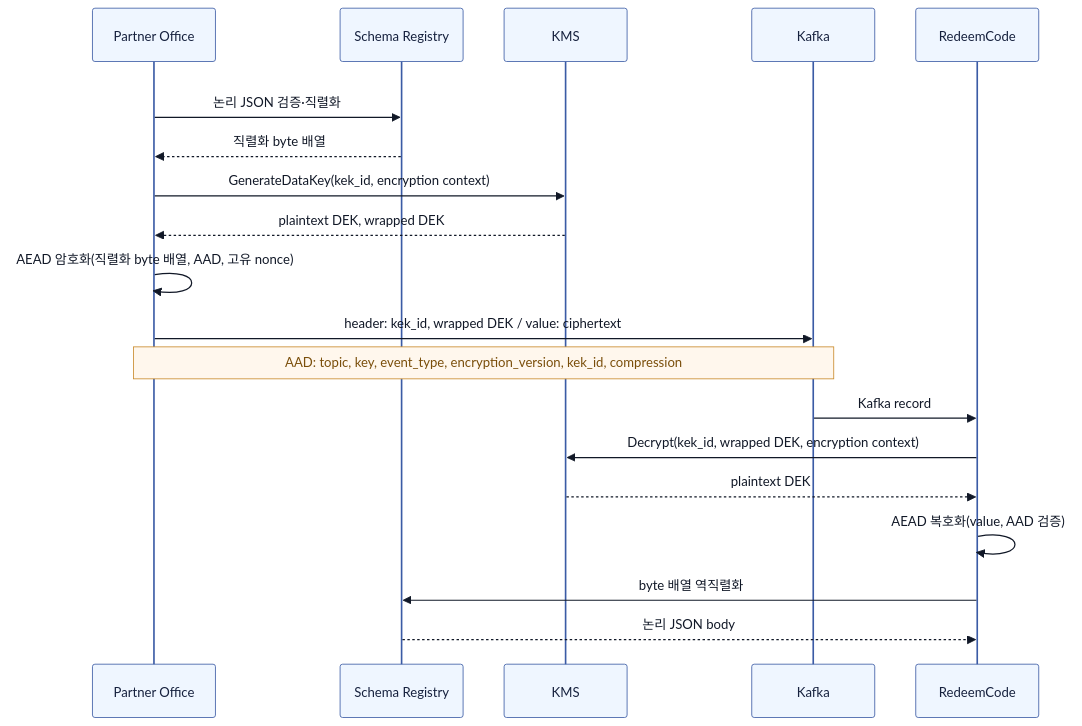
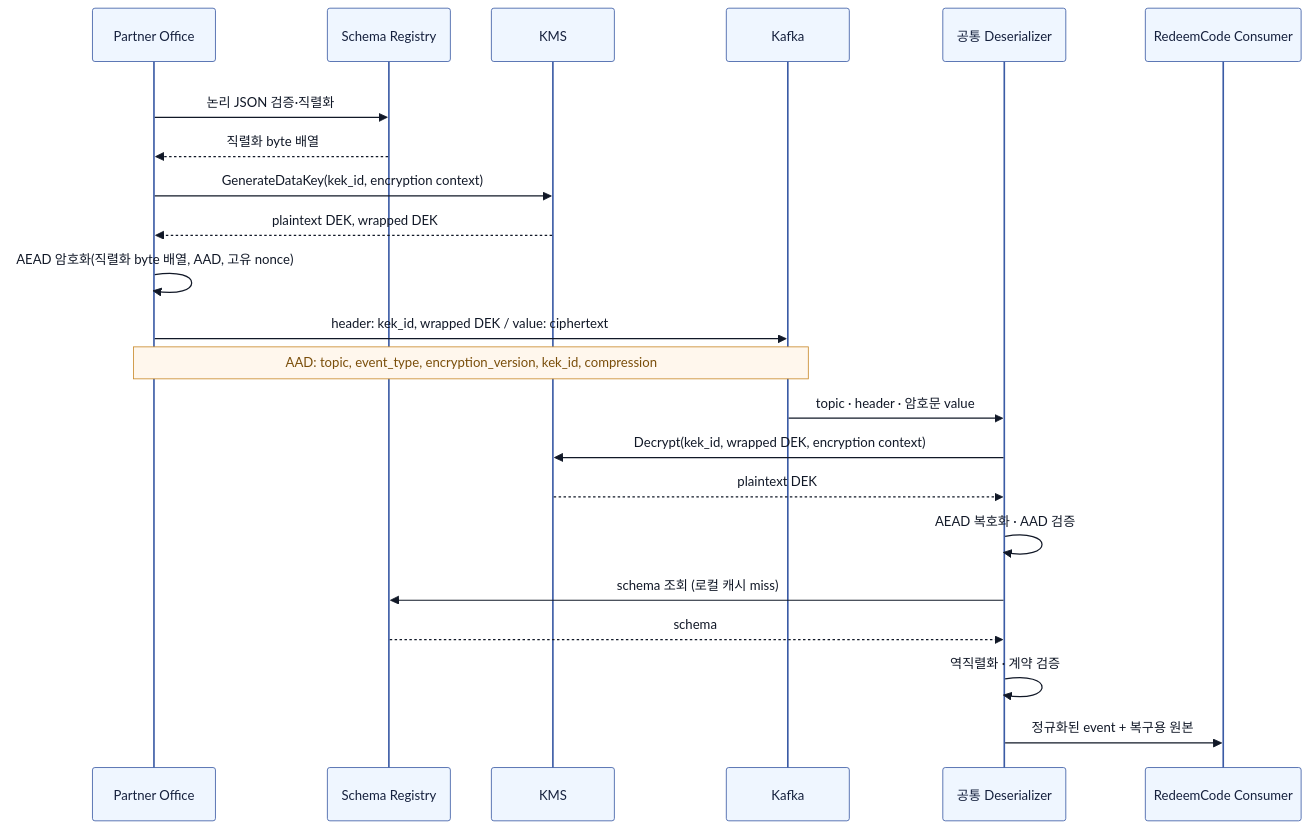
The first of 2 diagrams in src/content/blog/redeemcode-order-event.md (Hyune-c/Hyune-c.github.io), drawn with Mermaid before and after one commit. The commit also changed other lines of this file, not shown here.

Commit message:
docs: refine redeemcode order event article

````diff
--- a/src/content/blog/redeemcode-order-event.md
+++ b/src/content/blog/redeemcode-order-event.md
@@ -207,38 +125,41 @@
 ```mermaid
 ---
 config:
   theme: base
   themeVariables:
     darkMode: false
     primaryTextColor: "#111827"
     lineColor: "#334155"
     actorBkg: "#EFF6FF"
     actorBorder: "#3B5BA5"
     actorTextColor: "#16213E"
     noteBkgColor: "#FFF7ED"
     noteBorderColor: "#C98A2B"
     noteTextColor: "#7A4E0A"
 ---
 sequenceDiagram
   rect rgb(255, 255, 255)
     participant PO as Partner Office
     participant SR as Schema Registry
     participant KMS as KMS
     participant Kafka as Kafka
-    participant RC as RedeemCode
+    participant DS as 공통 Deserializer
+    participant RC as RedeemCode Consumer
 
     PO->>SR: 논리 JSON 검증·직렬화
     SR-->>PO: 직렬화 byte 배열
     PO->>KMS: GenerateDataKey(kek_id, encryption context)
     KMS-->>PO: plaintext DEK, wrapped DEK
     PO->>PO: AEAD 암호화(직렬화 byte 배열, AAD, 고유 nonce)
     PO->>Kafka: header: kek_id, wrapped DEK / value: ciphertext
-    Note over PO,Kafka: AAD: topic, key, event_type, encryption_version, kek_id, compression
-    Kafka->>RC: Kafka record
-    RC->>KMS: Decrypt(kek_id, wrapped DEK, encryption context)
-    KMS-->>RC: plaintext DEK
-    RC->>RC: AEAD 복호화(value, AAD 검증)
-    RC->>SR: byte 배열 역직렬화
-    SR-->>RC: 논리 JSON body
+    Note over PO,Kafka: AAD: topic, event_type, encryption_version, kek_id, compression
+    Kafka->>DS: topic · header · 암호문 value
+    DS->>KMS: Decrypt(kek_id, wrapped DEK, encryption context)
+    KMS-->>DS: plaintext DEK
+    DS->>DS: AEAD 복호화 · AAD 검증
+    DS->>SR: schema 조회 (로컬 캐시 miss)
+    SR-->>DS: schema
+    DS->>DS: 역직렬화 · 계약 검증
+    DS->>RC: 정규화된 event + 복구용 원본
   end
 ```
````
